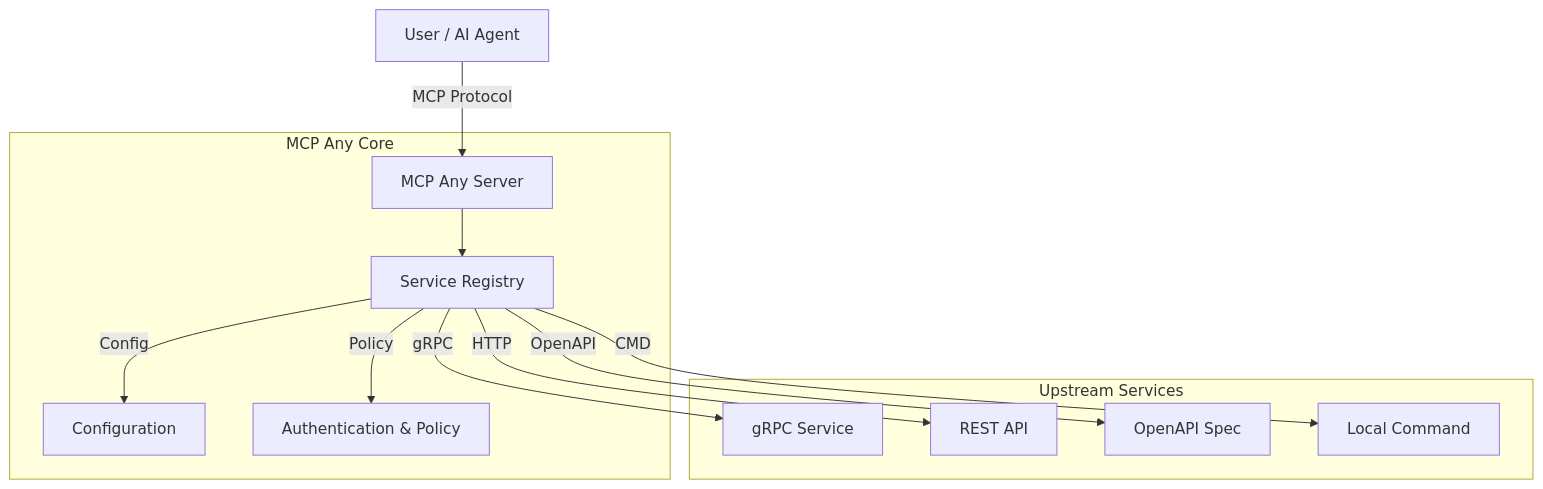
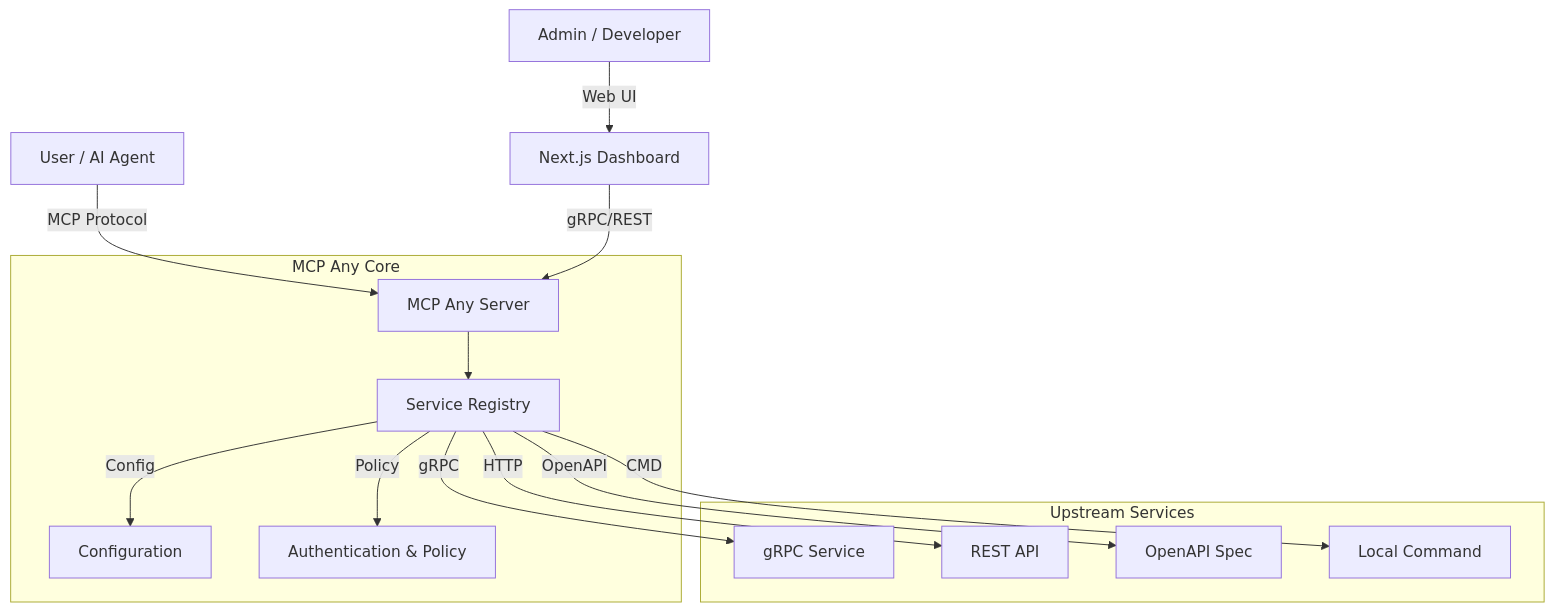
Before and after one commit to mcpany/core: the diagram in README.md, drawn with Mermaid. The commit also changed other lines of this file and 10 other files, not shown here.

````diff
--- a/README.md
+++ b/README.md
@@ -25,17 +26,19 @@
 ```mermaid
 graph TD
     User[User / AI Agent] -->|MCP Protocol| Server[MCP Any Server]
+    Admin[Admin / Developer] -->|Web UI| UI[Next.js Dashboard]
+    UI -->|gRPC/REST| Server
 
     subgraph "MCP Any Core"
         Server --> Registry[Service Registry]
         Registry -->|Config| Config[Configuration]
         Registry -->|Policy| Auth[Authentication & Policy]
     end
 
     subgraph "Upstream Services"
         Registry -->|gRPC| ServiceA[gRPC Service]
         Registry -->|HTTP| ServiceB[REST API]
         Registry -->|OpenAPI| ServiceC[OpenAPI Spec]
         Registry -->|CMD| ServiceD[Local Command]
     end
 ```
````
